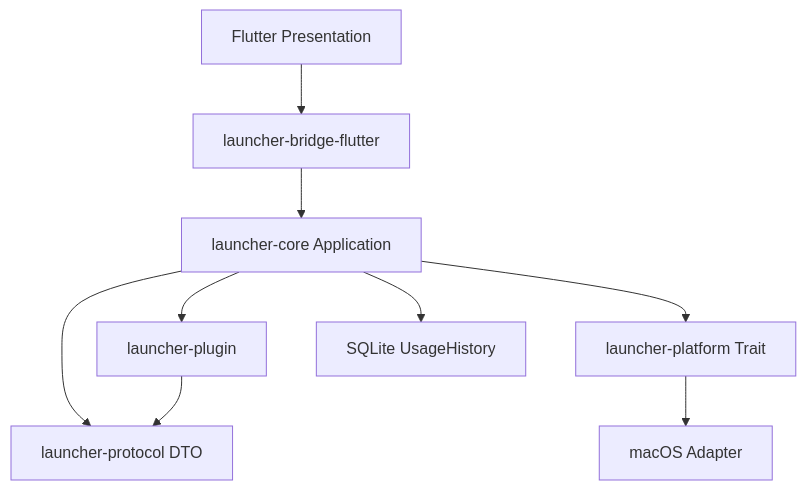
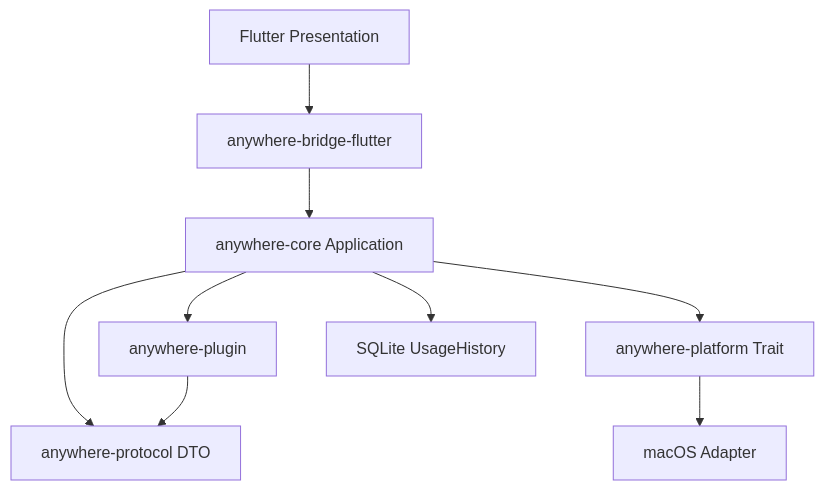
The diagram in docs/architecture.md (FantasyDream/Anywhere), drawn with Mermaid before and after one commit. The commit also changed other lines of this file and 95 other files, not shown here.

````diff
--- a/docs/architecture.md
+++ b/docs/architecture.md
@@ -3,11 +3,11 @@
 ```mermaid
 flowchart TD
-  UI[Flutter Presentation] --> B[launcher-bridge-flutter]
-  B --> C[launcher-core Application]
-  C --> P[launcher-protocol DTO]
-  C --> PL[launcher-platform Trait]
-  C --> PG[launcher-plugin]
+  UI[Flutter Presentation] --> B[anywhere-bridge-flutter]
+  B --> C[anywhere-core Application]
+  C --> P[anywhere-protocol DTO]
+  C --> PL[anywhere-platform Trait]
+  C --> PG[anywhere-plugin]
   PG --> P
   PL --> MAC[macOS Adapter]
   C --> DB[SQLite UsageHistory]
 ```
````
